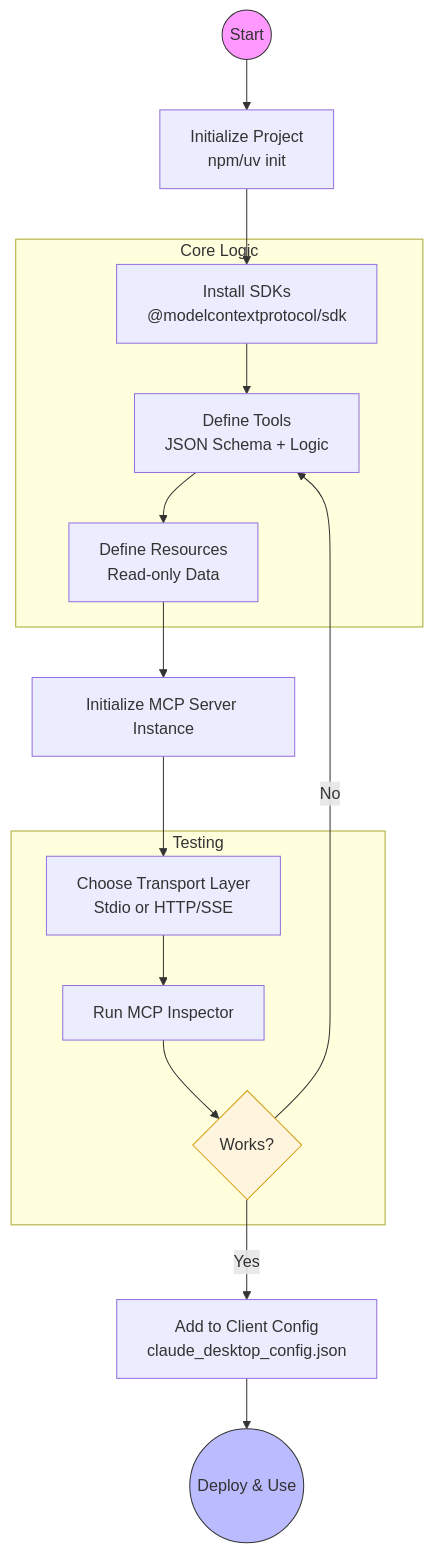
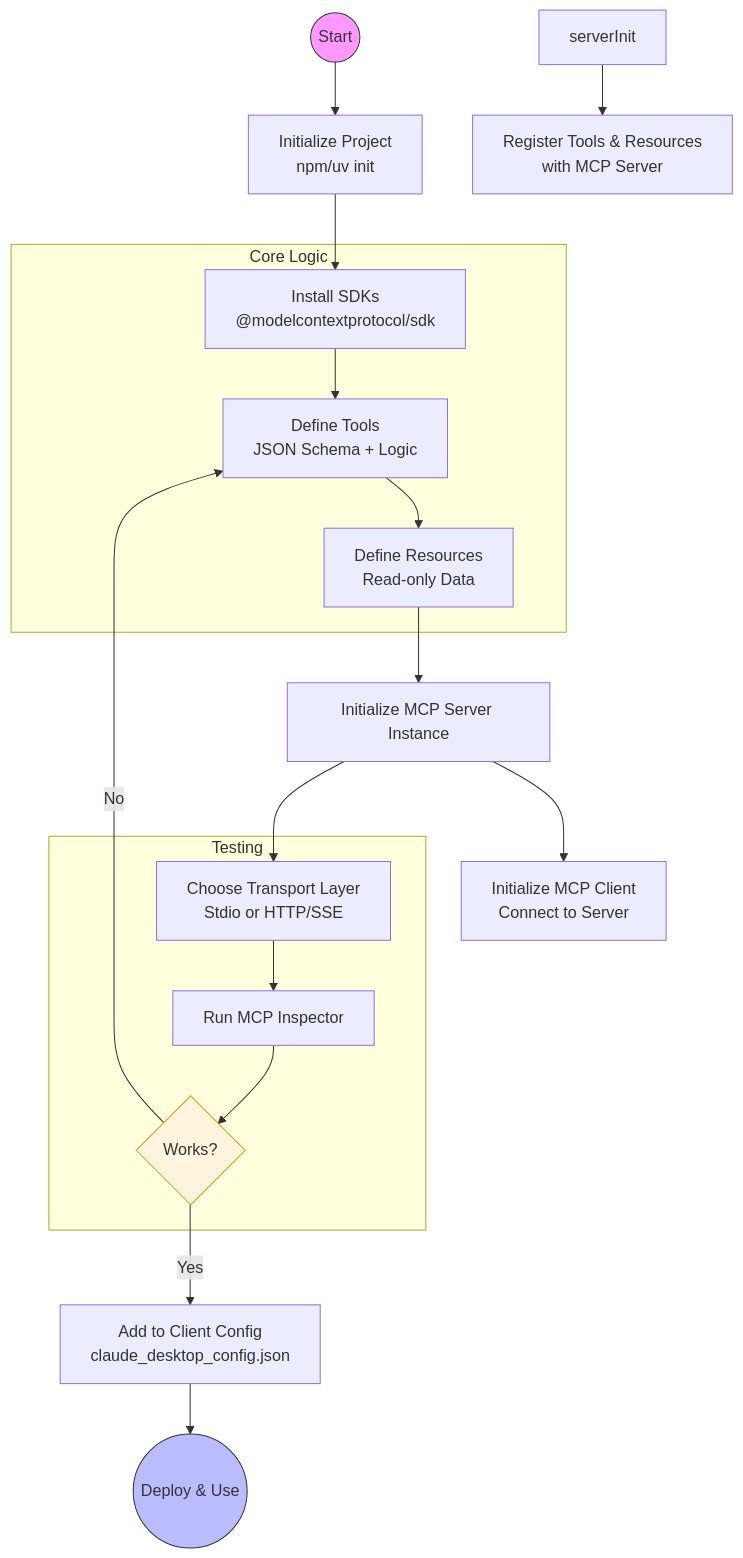
One commit to akshatha1710/github-mermaid-demo changed the diagram in docs/mcp.mmd. Above: the diagram before and after it, drawn with Mermaid.

Commit message:
added some more changes

```diff
--- a/docs/mcp.mmd
+++ b/docs/mcp.mmd
@@ -1,24 +1,28 @@
 graph TD
     Start((Start)) --> Init[Initialize Project<br/>npm/uv init]
     Init --> Deps[Install SDKs<br/>@modelcontextprotocol/sdk]
     
     subgraph Core Logic
     Deps --> DefineTools[Define Tools<br/>JSON Schema + Logic]
     DefineTools --> DefineResources[Define Resources<br/>Read-only Data]
     end
     
     DefineResources --> ServerInit[Initialize MCP Server Instance]
     ServerInit --> Transport[Choose Transport Layer<br/>Stdio or HTTP/SSE]
+    ServerInit --> ClientInit[Initialize MCP Client<br/>Connect to Server]
+    serverInit --> Register[Register Tools & Resources<br/>with MCP Server]
     
     subgraph Testing
     Transport --> Inspector[Run MCP Inspector]
     Inspector --> Debug{Works?}
     Debug -- No --> DefineTools
     end
+
     
     Debug -- Yes --> Config[Add to Client Config<br/>claude_desktop_config.json]
     Config --> End((Deploy & Use))
 
+
     style Start fill:#f9f,stroke:#333
     style End fill:#bbf,stroke:#333
     style Debug fill:#fff4dd,stroke:#d4a017
```
